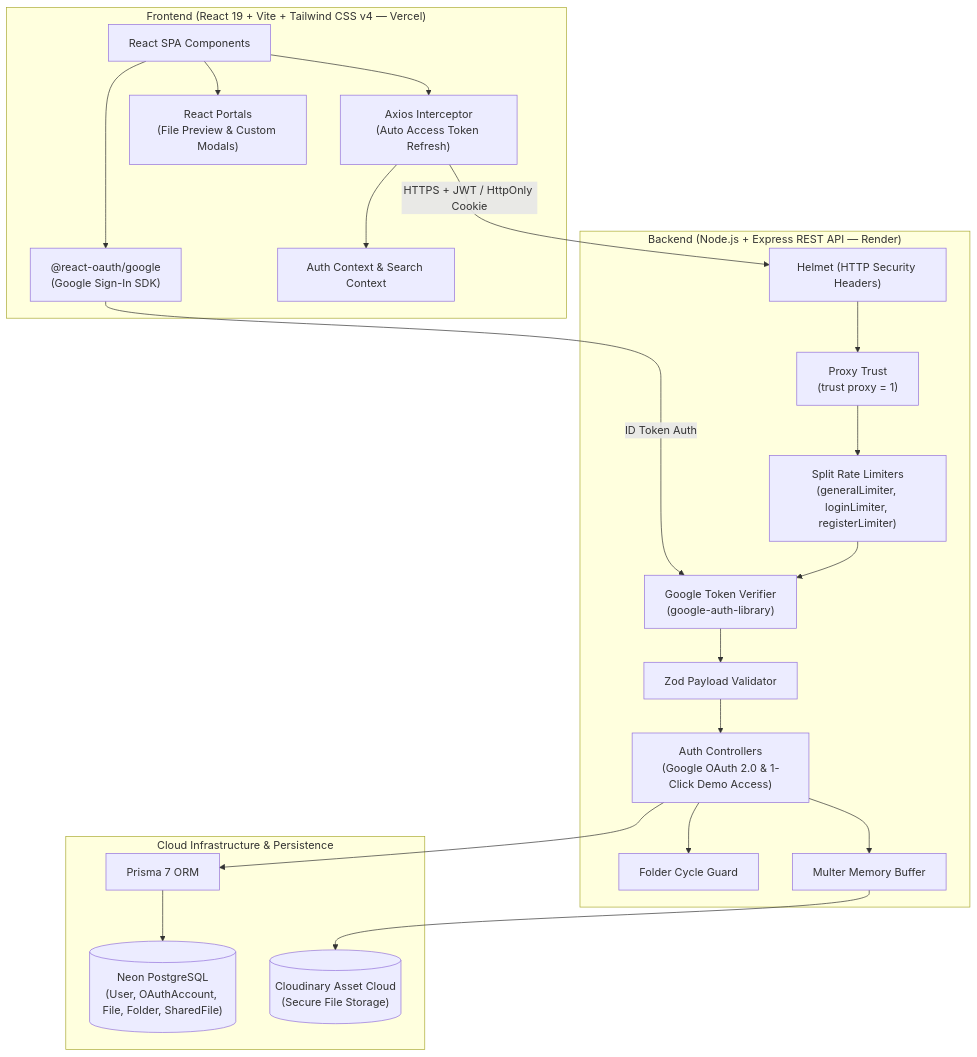
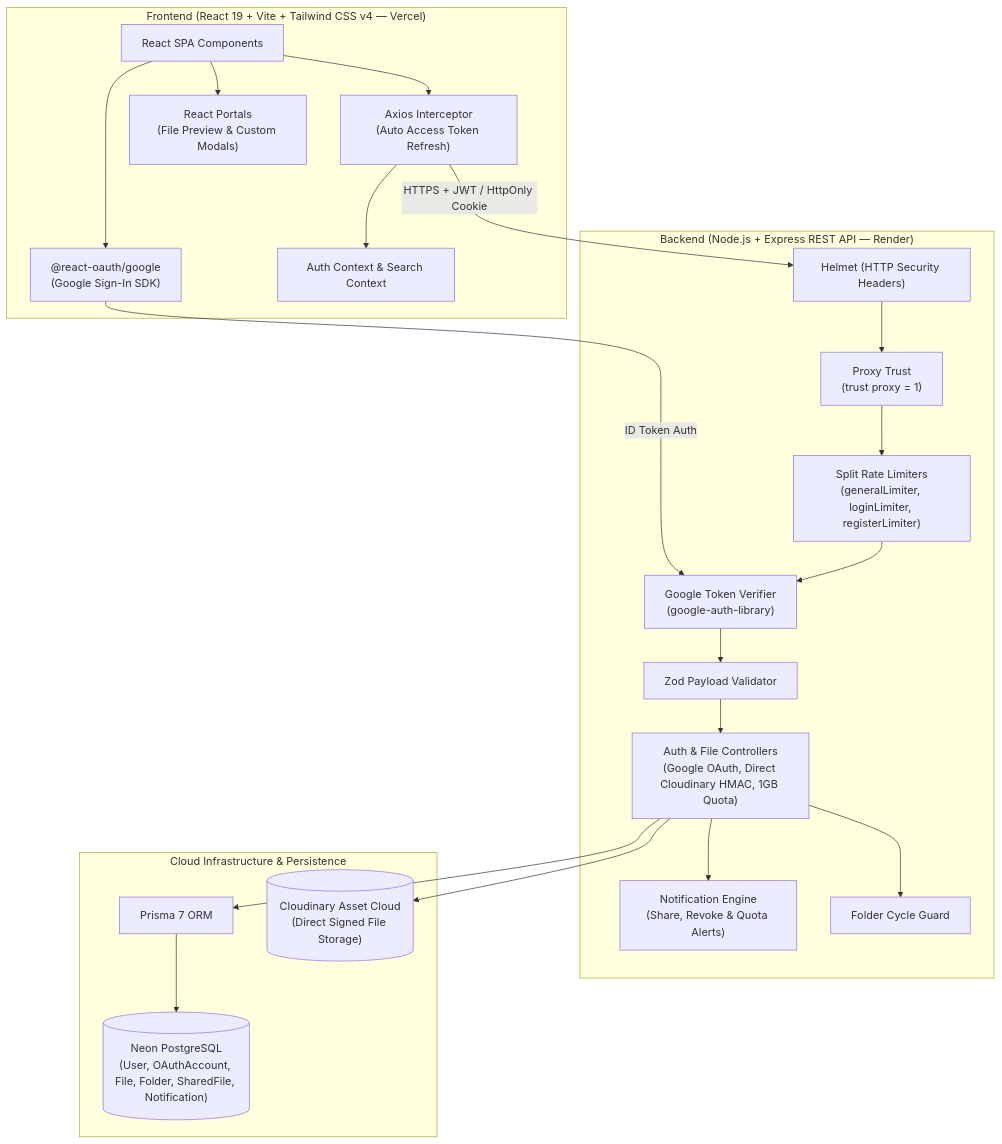
The diagram in README.md (SahilSameer18/vaultDrive), drawn with Mermaid before and after one commit. The commit also changed other lines of this file, not shown here.

Commit message:
feat: implement direct HMAC-signed Cloudinary uploads, 1GB storage quota, and a real-time notification engine

````diff
--- a/README.md
+++ b/README.md
@@ -35,46 +35,46 @@
 ```mermaid
 flowchart TD
     subgraph Client ["Frontend (React 19 + Vite + Tailwind CSS v4 — Vercel)"]
         UI["React SPA Components"]
         AXIOS["Axios Interceptor\n(Auto Access Token Refresh)"]
         GOOGLE_SDK["@react-oauth/google\n(Google Sign-In SDK)"]
         STORE["Auth Context & Search Context"]
         PORTAL["React Portals\n(File Preview & Custom Modals)"]
         UI --> AXIOS
         UI --> GOOGLE_SDK
         AXIOS --> STORE
         UI --> PORTAL
     end
 
     subgraph Server ["Backend (Node.js + Express REST API — Render)"]
         HELMET["Helmet (HTTP Security Headers)"]
         PROXY["Proxy Trust\n(trust proxy = 1)"]
         AUTH_MW["Split Rate Limiters\n(generalLimiter, loginLimiter, registerLimiter)"]
         GOOGLE_VERIFIER["Google Token Verifier\n(google-auth-library)"]
         VALIDATOR["Zod Payload Validator"]
-        CONTROLLER["Auth Controllers\n(Google OAuth 2.0 & 1-Click Demo Access)"]
+        CONTROLLER["Auth & File Controllers\n(Google OAuth, Direct Cloudinary HMAC, 1GB Quota)"]
+        NOTIF_SVC["Notification Engine\n(Share, Revoke & Quota Alerts)"]
         CYCLE_GUARD["Folder Cycle Guard"]
-        MULTER["Multer Memory Buffer"]
 
         HELMET --> PROXY
         PROXY --> AUTH_MW
         AUTH_MW --> GOOGLE_VERIFIER
         GOOGLE_VERIFIER --> VALIDATOR
         VALIDATOR --> CONTROLLER
+        CONTROLLER --> NOTIF_SVC
         CONTROLLER --> CYCLE_GUARD
-        CONTROLLER --> MULTER
     end
 
     subgraph Infrastructure ["Cloud Infrastructure & Persistence"]
         PRISMA["Prisma 7 ORM"]
-        NEON[("Neon PostgreSQL\n(User, OAuthAccount, File, Folder, SharedFile)")]
-        CLOUDINARY[("Cloudinary Asset Cloud\n(Secure File Storage)")]
+        NEON[("Neon PostgreSQL\n(User, OAuthAccount, File, Folder, SharedFile, Notification)")]
+        CLOUDINARY[("Cloudinary Asset Cloud\n(Direct Signed File Storage)")]
 
         PRISMA --> NEON
-        MULTER --> CLOUDINARY
         CONTROLLER --> PRISMA
+        CONTROLLER --> CLOUDINARY
     end
 
     GOOGLE_SDK -->|ID Token Auth| GOOGLE_VERIFIER
     AXIOS -->|HTTPS + JWT / HttpOnly Cookie| HELMET
 ```
````
